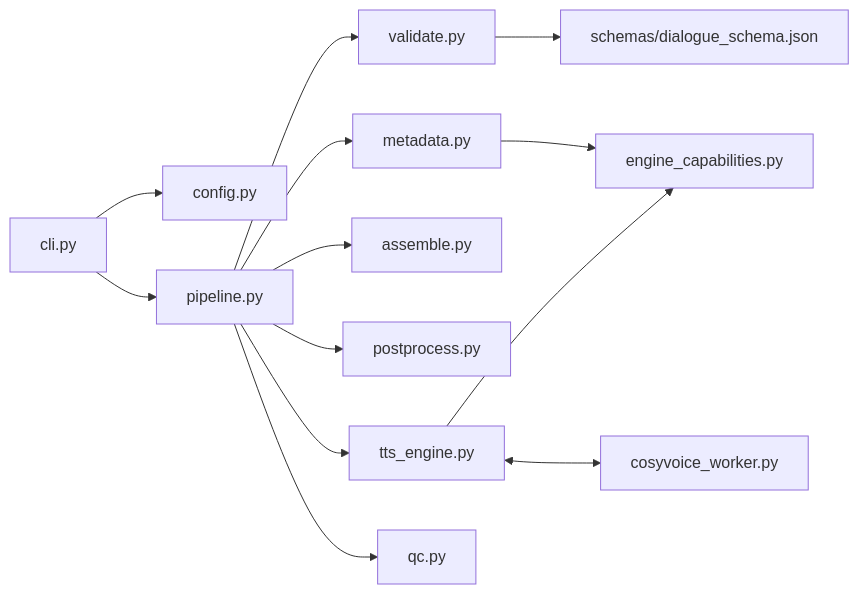
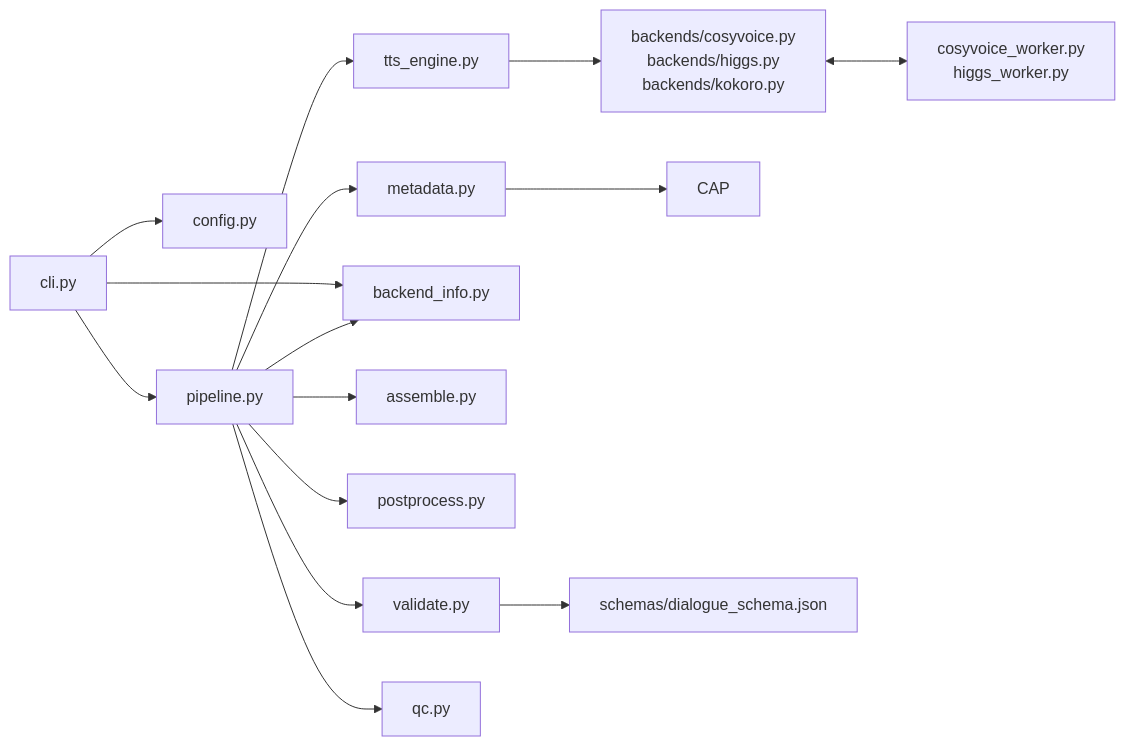
One commit to Li-PengSheng/5703tts changed the first of 3 diagrams in docs/ARCHITECTURE.md. Above: the diagram before and after it, drawn with Mermaid. The commit also changed other lines of this file and 19 other files, not shown here.

````diff
--- a/docs/ARCHITECTURE.md
+++ b/docs/ARCHITECTURE.md
@@ -21,15 +21,17 @@
 ```mermaid
 flowchart LR
     CLI[cli.py] --> CFG[config.py]
     CLI --> PIPE[pipeline.py]
     PIPE --> VAL[validate.py]
     PIPE --> ENG[tts_engine.py]
-    ENG --> CAP[engine_capabilities.py]
-    ENG <--> WORKER[cosyvoice_worker.py]
+    ENG --> BACKENDS[backends/cosyvoice.py<br/>backends/higgs.py<br/>backends/kokoro.py]
+    BACKENDS <--> WORKERS[cosyvoice_worker.py<br/>higgs_worker.py]
+    CLI --> INFO[backend_info.py]
+    PIPE --> INFO
     PIPE --> ASM[assemble.py]
     PIPE --> POST[postprocess.py]
     PIPE --> META[metadata.py]
     META --> CAP
     PIPE --> QC[qc.py]
     VAL --> SCHEMA[schemas/dialogue_schema.json]
 ```
````
